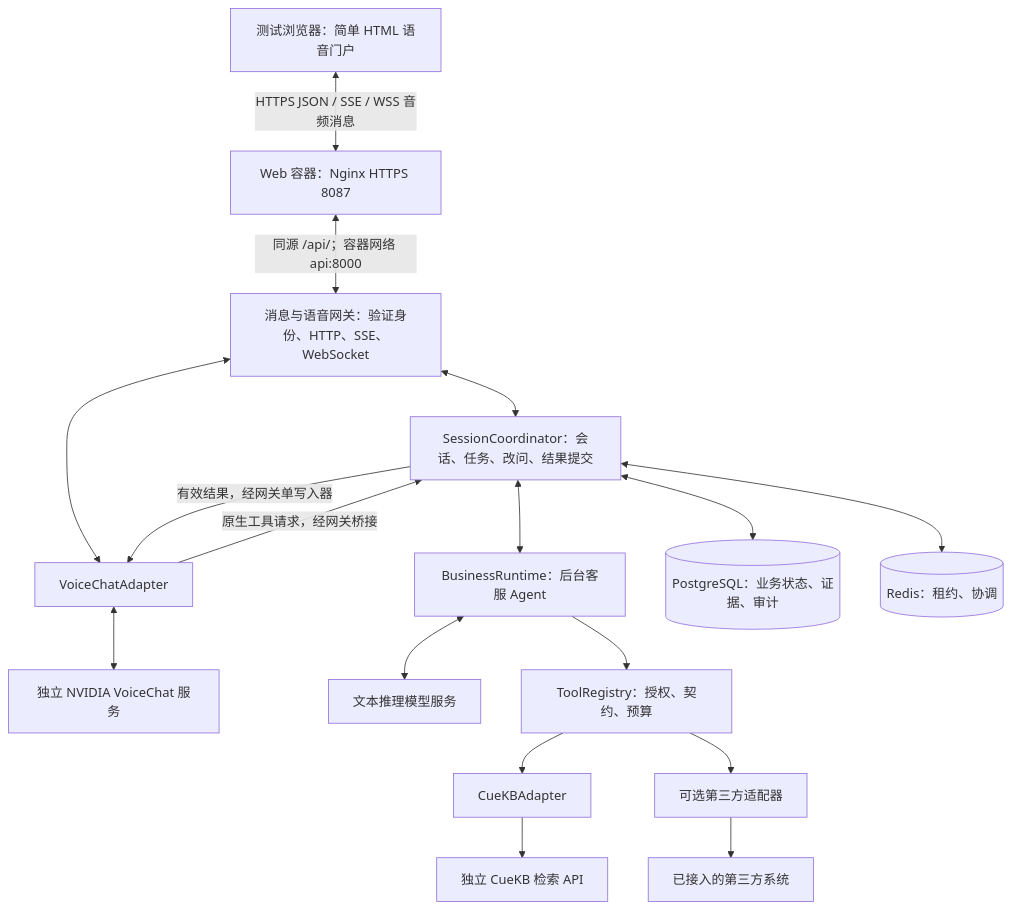
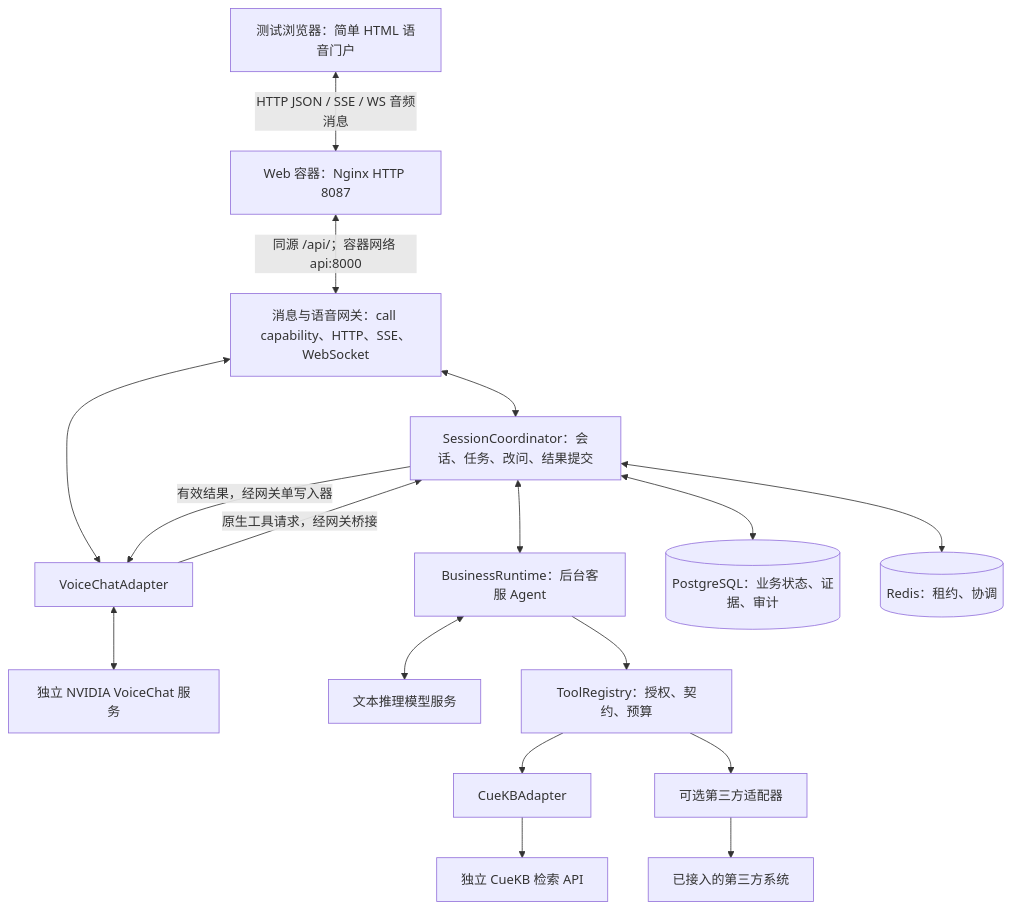
One commit to ttonghao-thao/voice-service-agent changed the diagram in docs/architecture.md. Above: the diagram before and after it, drawn with Mermaid. The commit also changed other lines of this file and 37 other files, not shown here.

````diff
--- a/docs/architecture.md
+++ b/docs/architecture.md
@@ -20,32 +20,32 @@
 ```mermaid
 flowchart TB
     U[测试浏览器：简单 HTML 语音门户]
-    W[Web 容器：Nginx HTTPS 8087]
-    G[消息与语音网关：验证身份、HTTP、SSE、WebSocket]
+    W[Web 容器：Nginx HTTP 8087]
+    G[消息与语音网关：call capability、HTTP、SSE、WebSocket]
     C[SessionCoordinator：会话、任务、改问、结果提交]
     V[VoiceChatAdapter]
     N[独立 NVIDIA VoiceChat 服务]
     B[BusinessRuntime：后台客服 Agent]
     L[文本推理模型服务]
     T[ToolRegistry：授权、契约、预算]
     K[CueKBAdapter]
     Q[独立 CueKB 检索 API]
     X[可选第三方适配器]
     E[已接入的第三方系统]
     S[(PostgreSQL：业务状态、证据、审计)]
     R[(Redis：租约、协调)]
-    U <-->|HTTPS JSON / SSE / WSS 音频消息| W
+    U <-->|HTTP JSON / SSE / WS 音频消息| W
     W <-->|同源 /api/；容器网络 api:8000| G
     G <--> C
     G <--> V
     V <--> N
     V -->|原生工具请求，经网关桥接| C
     C <--> B
     B <--> L
     B --> T
     T --> K --> Q
     T --> X --> E
     C -->|有效结果，经网关单写入器| V
     C <--> S
     C <--> R
 ```
````
